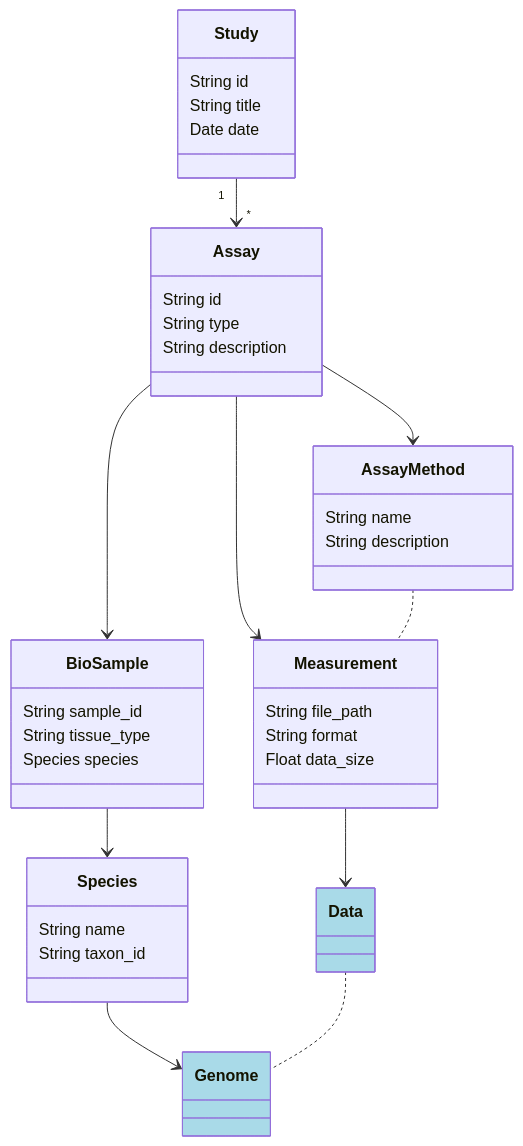
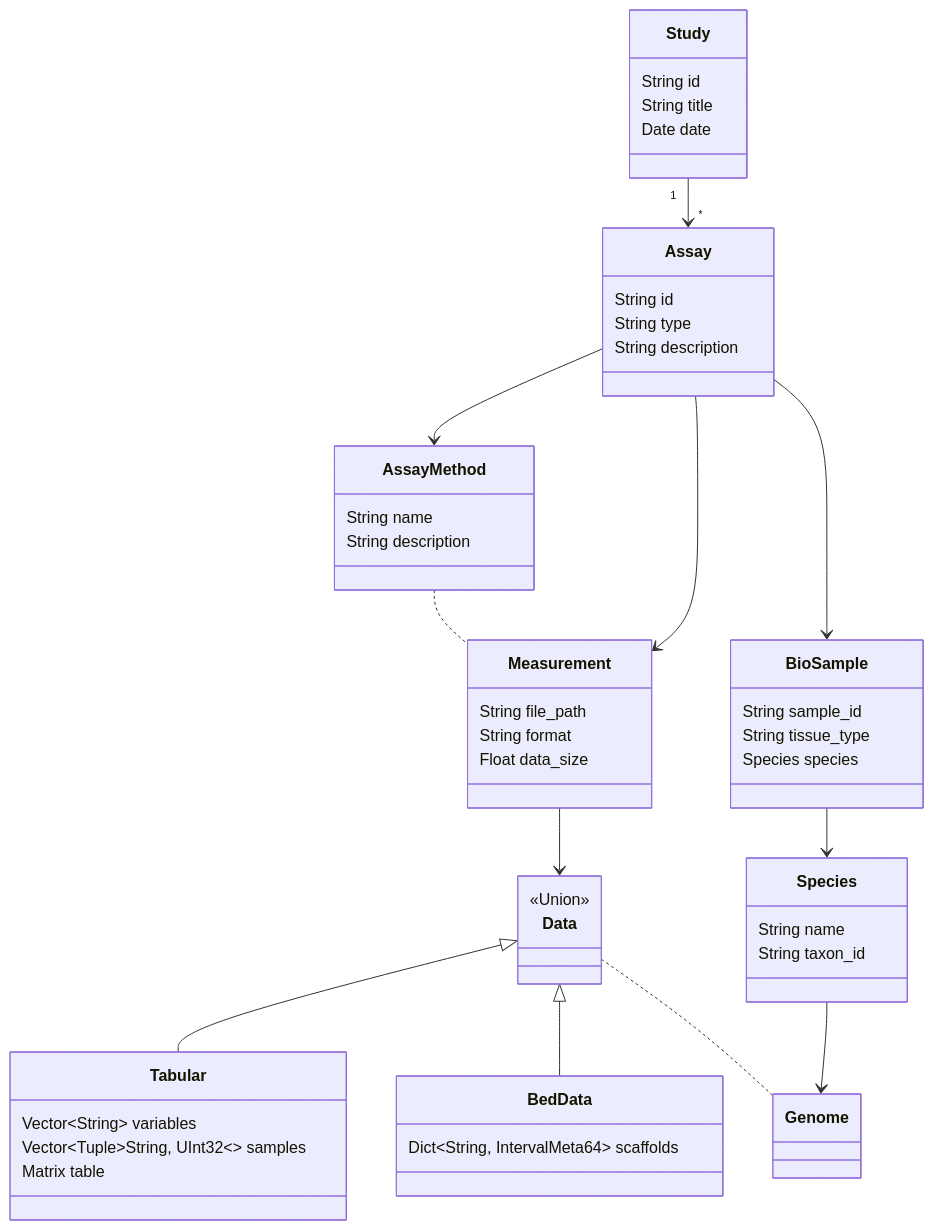
Before and after one commit to tdw-89/BioinfoTools2.jl: the diagram in README.md, drawn with Mermaid. The commit also changed 2 other files, not shown here.

Commit message:
added 'getindex' overloads for 'TabularData'

````diff
--- a/README.md
+++ b/README.md
@@ -14,56 +14,67 @@
 ```mermaid
 classDiagram
 direction TB
     class Study {
 	    String id
 	    String title
 	    Date date
     }
 
     class Assay {
 	    String id
 	    String type
 	    String description
     }
 
     class Measurement {
 	    String file_path
 	    String format
 	    Float data_size
     }
 
     class Data {
+        <<Union>>
     }
+
+    class Tabular {
+        Vector~String~ variables
+        Vector~Tuple~String, UInt32~~ samples
+        Matrix table
+    }
+
+    class BedData {
+        Dict~String, IntervalMeta64~  scaffolds
+    }
+
+    Data <|-- Tabular
+    Data <|-- BedData
 
     class BioSample {
 	    String sample_id
 	    String tissue_type
 	    Species species
     }
 
     class Species {
 	    String name
 	    String taxon_id
     }
 
     class Genome {
     }
 
     class AssayMethod {
 	    String name
 	    String description
     }
 
     Study "1" --> "*" Assay
     Assay --> Measurement
     Measurement --> Data
     Assay --> BioSample
     BioSample --> Species
     Species --> Genome
     Data .. Genome
     Assay --> AssayMethod
     AssayMethod .. Measurement
-
-    style Genome fill:#a9dae8
-    style Data fill:#a9dae8
 ```
````
